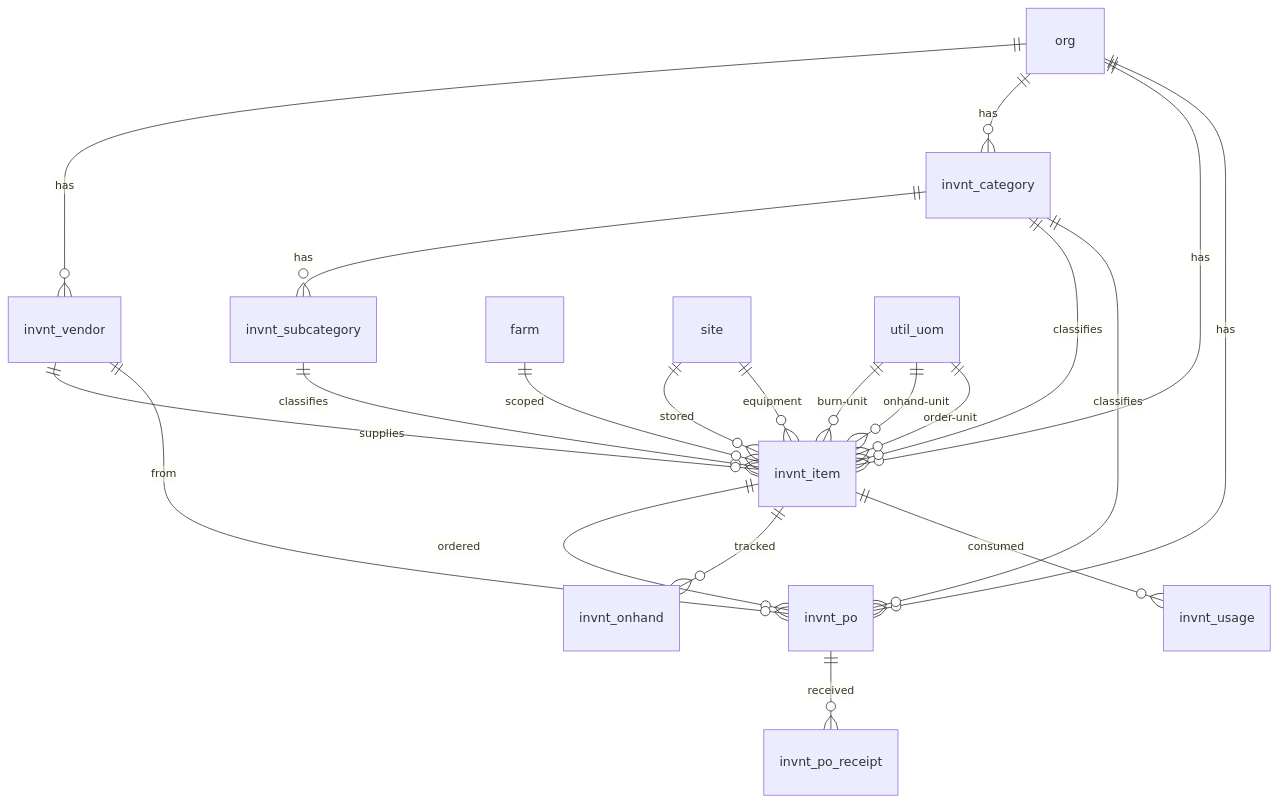
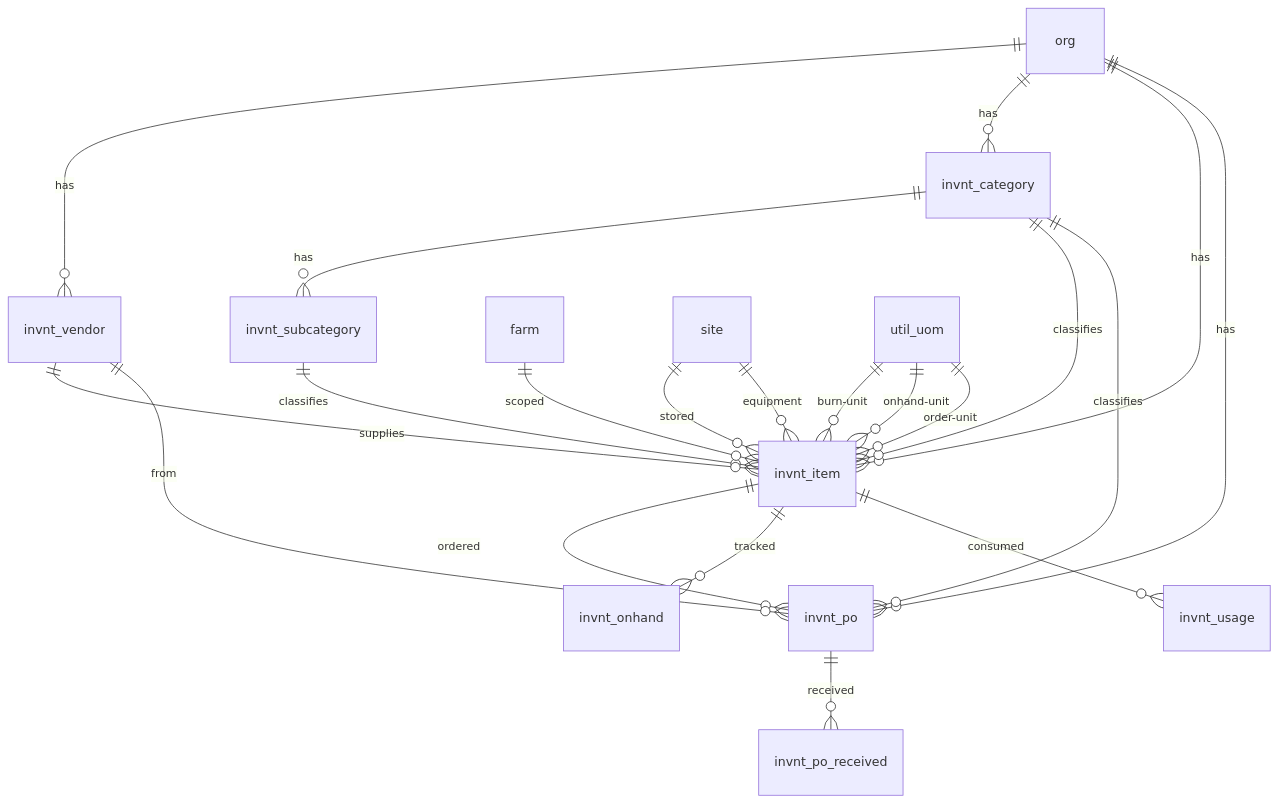
The diagram in docs/schemas/20260318_02_invnt.md (Hawaii-Farming/aloha-app), drawn with Mermaid before and after one commit. The commit also changed other lines of this file and 8 other files, not shown here.

````diff
--- a/docs/schemas/20260318_02_invnt.md
+++ b/docs/schemas/20260318_02_invnt.md
@@ -9,23 +9,23 @@
 ```mermaid
 erDiagram
     org ||--o{ invnt_vendor : has
     org ||--o{ invnt_category : has
     invnt_category ||--o{ invnt_subcategory : has
     org ||--o{ invnt_item : has
     invnt_category ||--o{ invnt_item : classifies
     invnt_subcategory ||--o{ invnt_item : classifies
     invnt_vendor ||--o{ invnt_item : supplies
     farm ||--o{ invnt_item : scoped
     site ||--o{ invnt_item : stored
     site ||--o{ invnt_item : equipment
     util_uom ||--o{ invnt_item : burn-unit
     util_uom ||--o{ invnt_item : onhand-unit
     util_uom ||--o{ invnt_item : order-unit
     org ||--o{ invnt_po : has
     invnt_item ||--o{ invnt_po : ordered
     invnt_vendor ||--o{ invnt_po : from
     invnt_category ||--o{ invnt_po : classifies
-    invnt_po ||--o{ invnt_po_receipt : received
+    invnt_po ||--o{ invnt_po_received : received
     invnt_item ||--o{ invnt_onhand : tracked
     invnt_item ||--o{ invnt_usage : consumed
 ```
````
